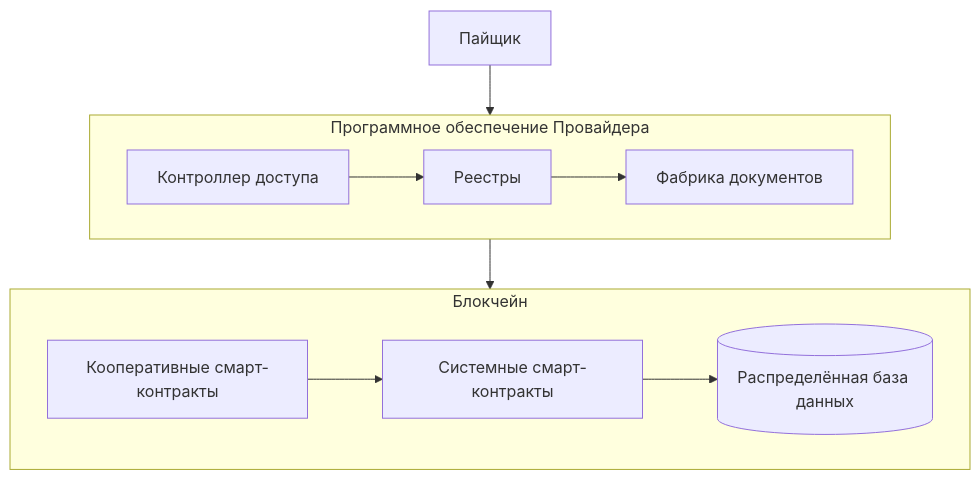
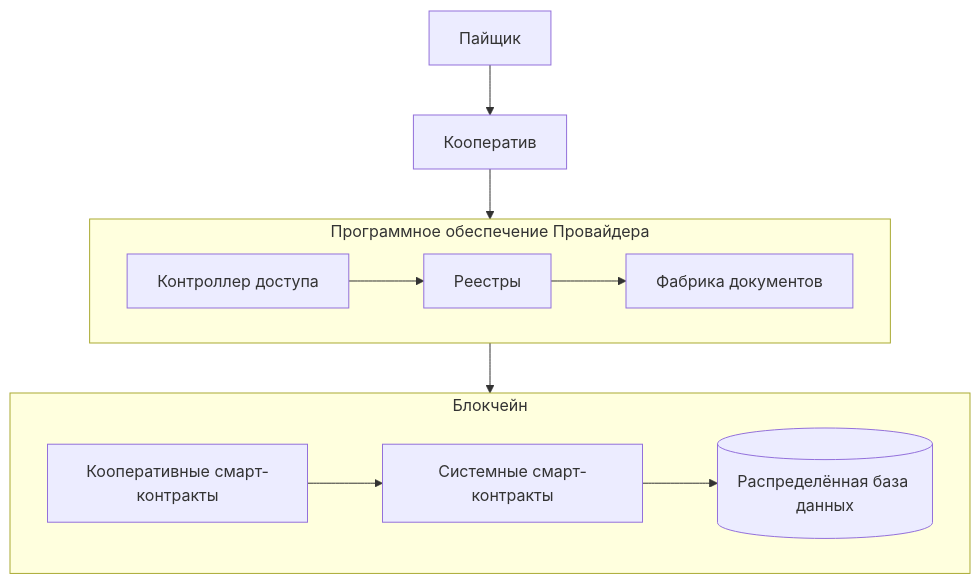
The first of 5 diagrams in docs/documentation/overview.md (coopenomics/coopenomics), drawn with Mermaid before and after one commit. The commit also changed 19 other files, not shown here.

````diff
--- a/docs/documentation/overview.md
+++ b/docs/documentation/overview.md
@@ -13,24 +2,26 @@
 ```mermaid
 flowchart TB
-    Пайщик[Пайщик] --> ПрограммноеОбеспечение[(Программное обеспечение Провайдера)]
+    Пайщик[Пайщик] --> Кооператив[Кооператив]
+    Кооператив --> ПрограммноеОбеспечение[(Программное обеспечение Провайдера)]
     
     subgraph ПрограммноеОбеспечение[Программное обеспечение Провайдера]
         Контроллер[Контроллер доступа]
         РеестрПайщиков[Реестры]
         ФабрикаДокументов[Фабрика документов]
 
         Контроллер --> РеестрПайщиков
         РеестрПайщиков --> ФабрикаДокументов
     end
 
     ПрограммноеОбеспечение --> Блокчейн[Блокчейн]
     
     subgraph Блокчейн[Блокчейн]
         КооперативныйКонтракт[Кооперативные смарт-контракты]
         СистемныеКонтракты[Системные смарт-контракты]
         РаспределеннаяБаза[(Распределённая база данных)]
         
         КооперативныйКонтракт --> СистемныеКонтракты
         СистемныеКонтракты --> РаспределеннаяБаза
     end
+
 ```
````
